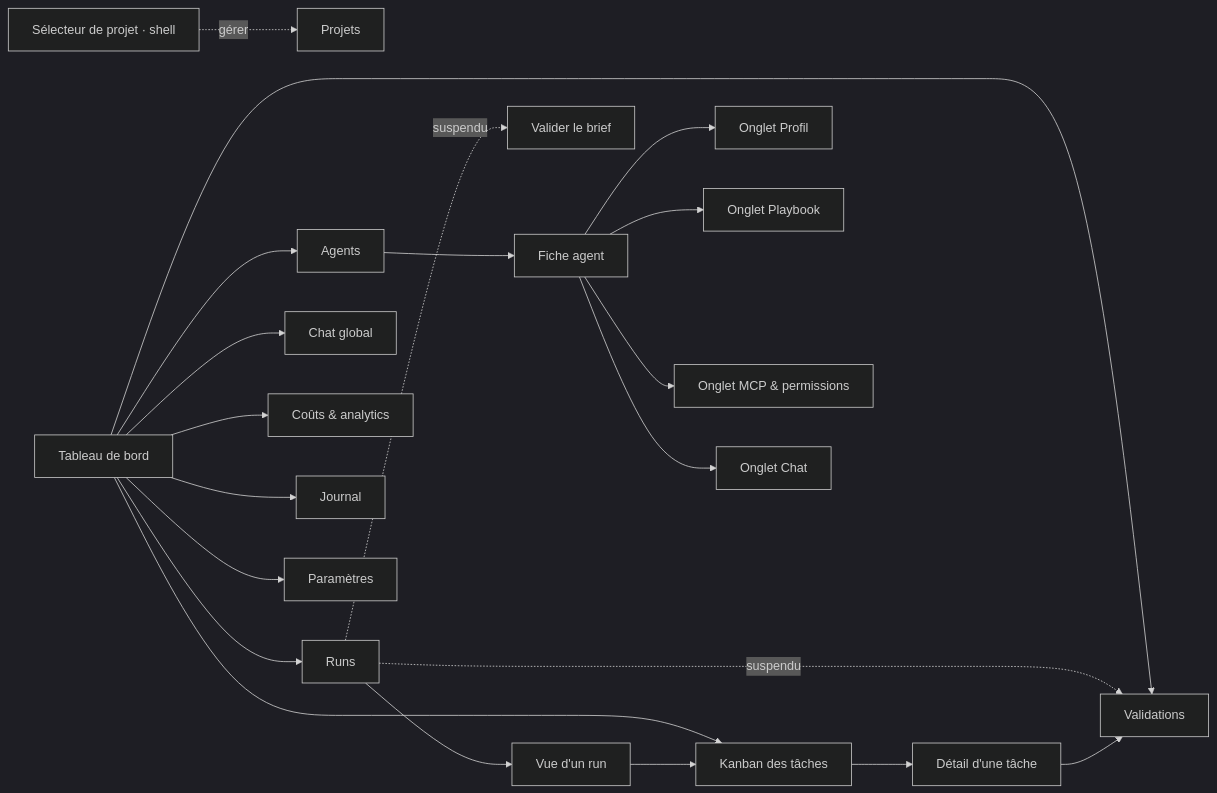
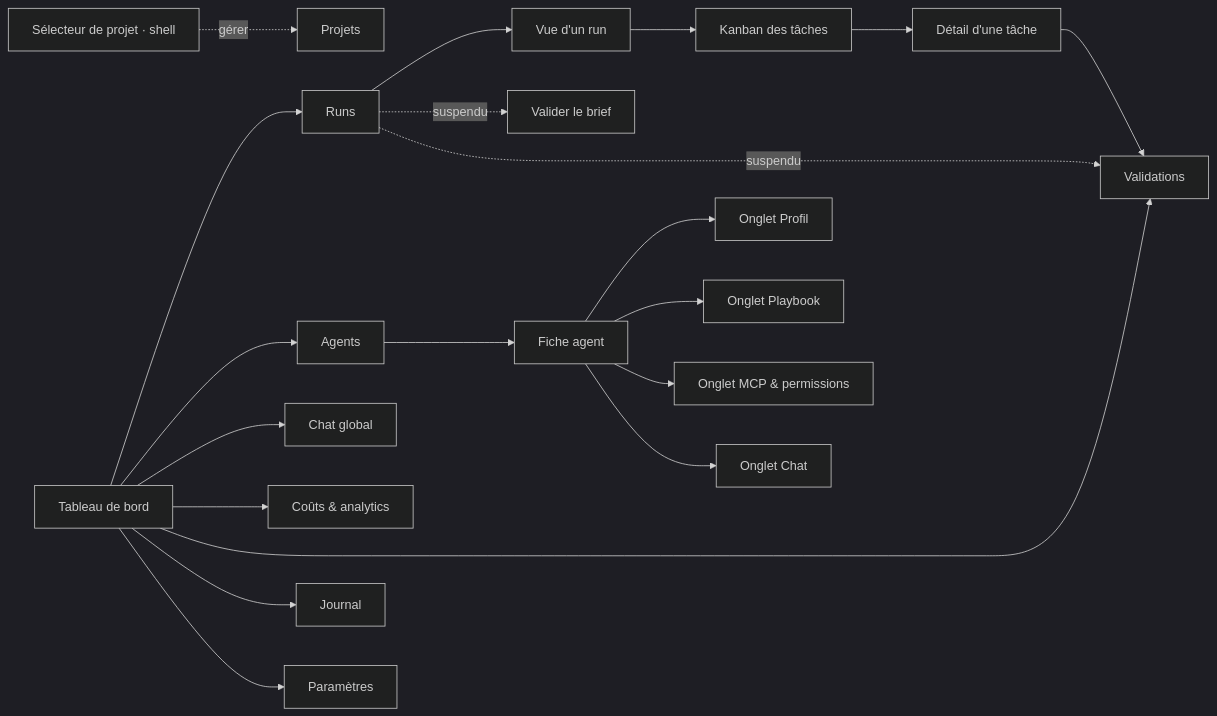
The diagram in docs/05-interface-control-tower.md (automatemaestro-create/maestro), drawn with Mermaid (dark theme) before and after one commit. The commit also changed other lines of this file and 8 other files, not shown here.

````diff
--- a/docs/05-interface-control-tower.md
+++ b/docs/05-interface-control-tower.md
@@ -36,23 +38,22 @@
 ```mermaid
 flowchart LR
     Selecteur[Sélecteur de projet · shell] -. gérer .-> Projets[Projets]
     Home[Tableau de bord] --> Runs[Runs]
     Home --> Agents[Agents]
     Home --> Chat[Chat global]
     Home --> Costs[Coûts & analytics]
     Home --> Approve[Validations]
     Home --> Journal[Journal]
     Home --> Settings[Paramètres]
-    Home --> Tasks[Kanban des tâches]
     Runs --> RunDetail[Vue d'un run]
-    RunDetail --> Tasks
+    RunDetail --> Tasks[Kanban des tâches]
     Runs -. suspendu .-> Brief[Valider le brief]
     Runs -. suspendu .-> Approve
     Agents --> AgentDetail[Fiche agent]
     AgentDetail --> Profil[Onglet Profil]
     AgentDetail --> Playbook[Onglet Playbook]
     AgentDetail --> Mcp[Onglet MCP & permissions]
     AgentDetail --> AgentChat[Onglet Chat]
     Tasks --> TaskDetail[Détail d'une tâche]
     TaskDetail --> Approve
 ```
````
